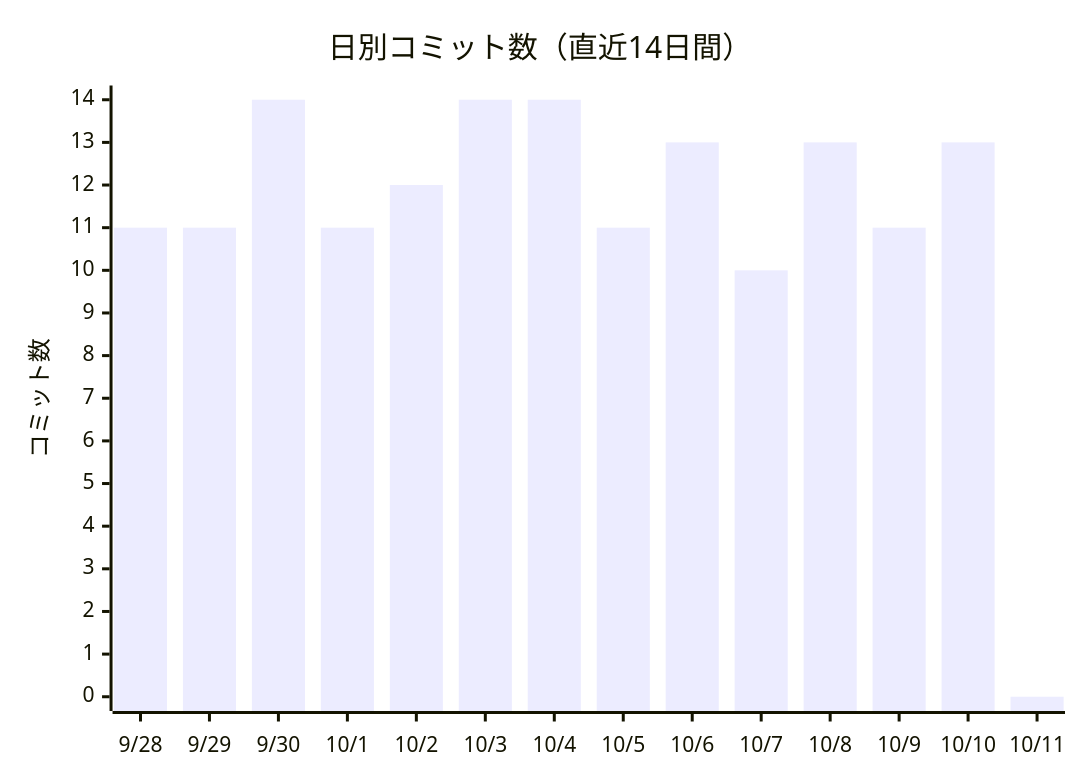
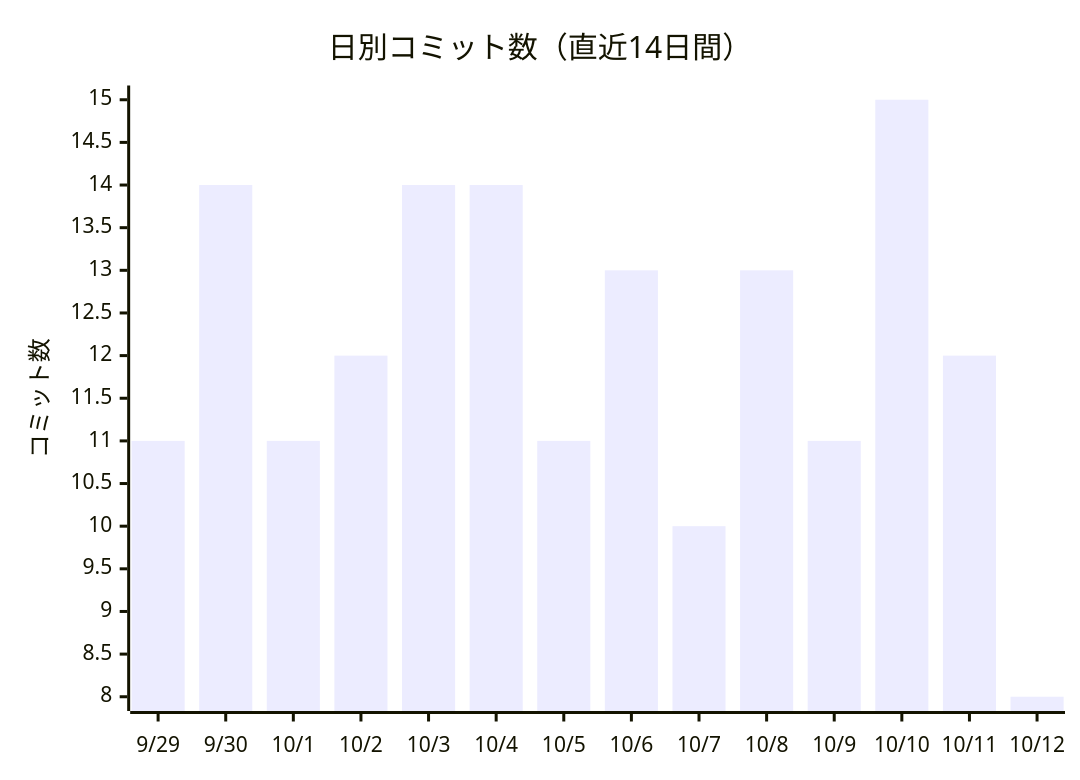
One commit to non-x2/non-x2 changed the first of 2 diagrams in docs/進化レポート.md. Above: the diagram before and after it, drawn with Mermaid. The commit also changed other lines of this file and 3 other files, not shown here.

````diff
--- a/docs/進化レポート.md
+++ b/docs/進化レポート.md
@@ -23,7 +23,7 @@
 ```mermaid
 xychart-beta
     title "日別コミット数（直近14日間）"
-    x-axis ["9/28", "9/29", "9/30", "10/1", "10/2", "10/3", "10/4", "10/5", "10/6", "10/7", "10/8", "10/9", "10/10", "10/11"]
+    x-axis ["9/29", "9/30", "10/1", "10/2", "10/3", "10/4", "10/5", "10/6", "10/7", "10/8", "10/9", "10/10", "10/11", "10/12"]
     y-axis "コミット数"
-    bar [11, 11, 14, 11, 12, 14, 14, 11, 13, 10, 13, 11, 13, 0]
+    bar [11, 14, 11, 12, 14, 14, 11, 13, 10, 13, 11, 15, 12, 8]
 ```
````
